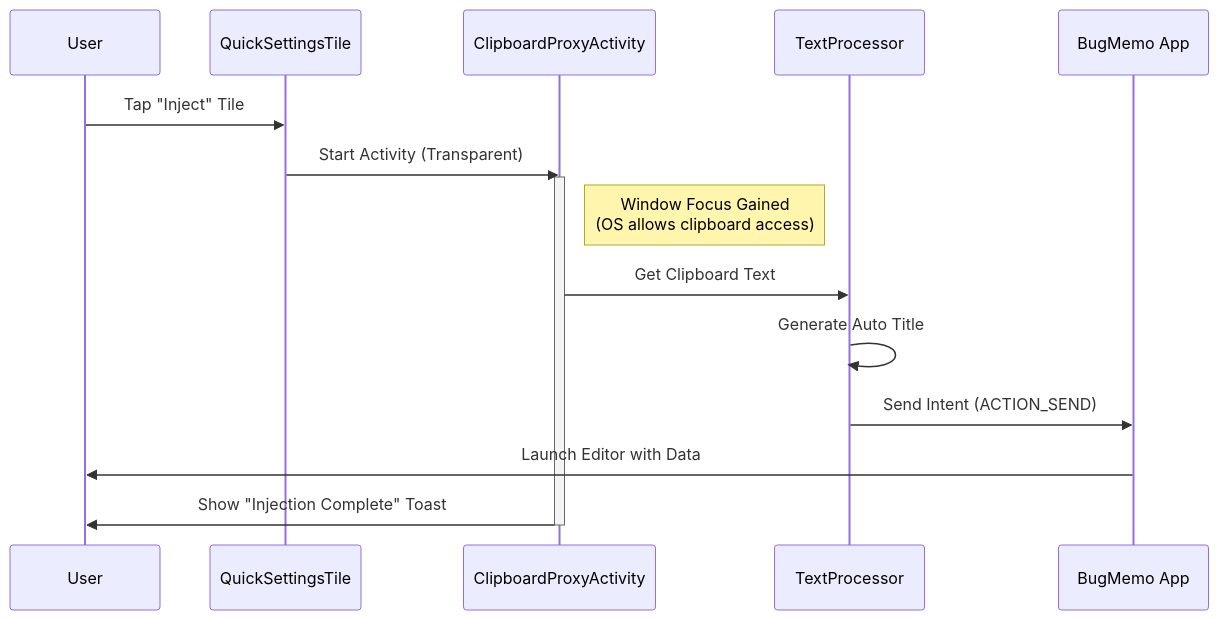
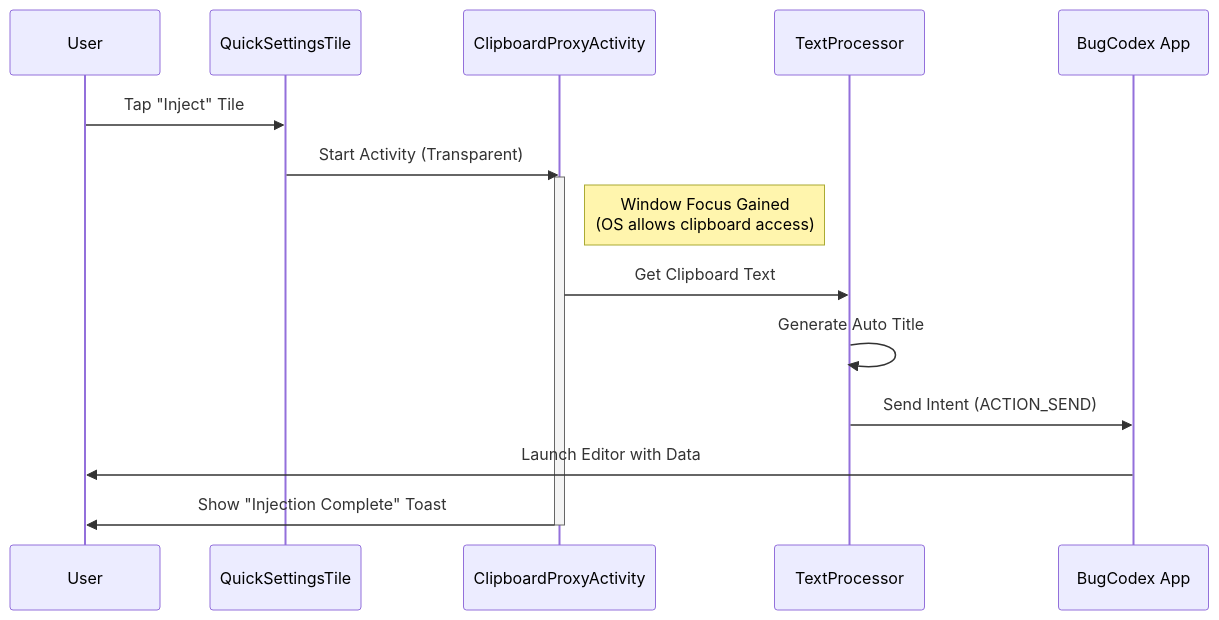
One commit to gadgeski/Infuser changed the diagram in Readme.md. Above: the diagram before and after it, drawn with Mermaid.

Commit message:
fix:(Readme内容更新)

````diff
--- a/Readme.md
+++ b/Readme.md
@@ -66,19 +66,19 @@
 ```mermaid
 sequenceDiagram
     participant User
     participant Tile as QuickSettingsTile
     participant Proxy as ClipboardProxyActivity
     participant Logic as TextProcessor
-    participant Core as BugMemo App
+    participant Core as BugCodex App
 
     User->>Tile: Tap "Inject" Tile
     Tile->>Proxy: Start Activity (Transparent)
     activate Proxy
     Note right of Proxy: Window Focus Gained<br/>(OS allows clipboard access)
     Proxy->>Logic: Get Clipboard Text
     Logic->>Logic: Generate Auto Title
     Logic->>Core: Send Intent (ACTION_SEND)
     Core->>User: Launch Editor with Data
     Proxy->>User: Show "Injection Complete" Toast
     deactivate Proxy
 ```
````
